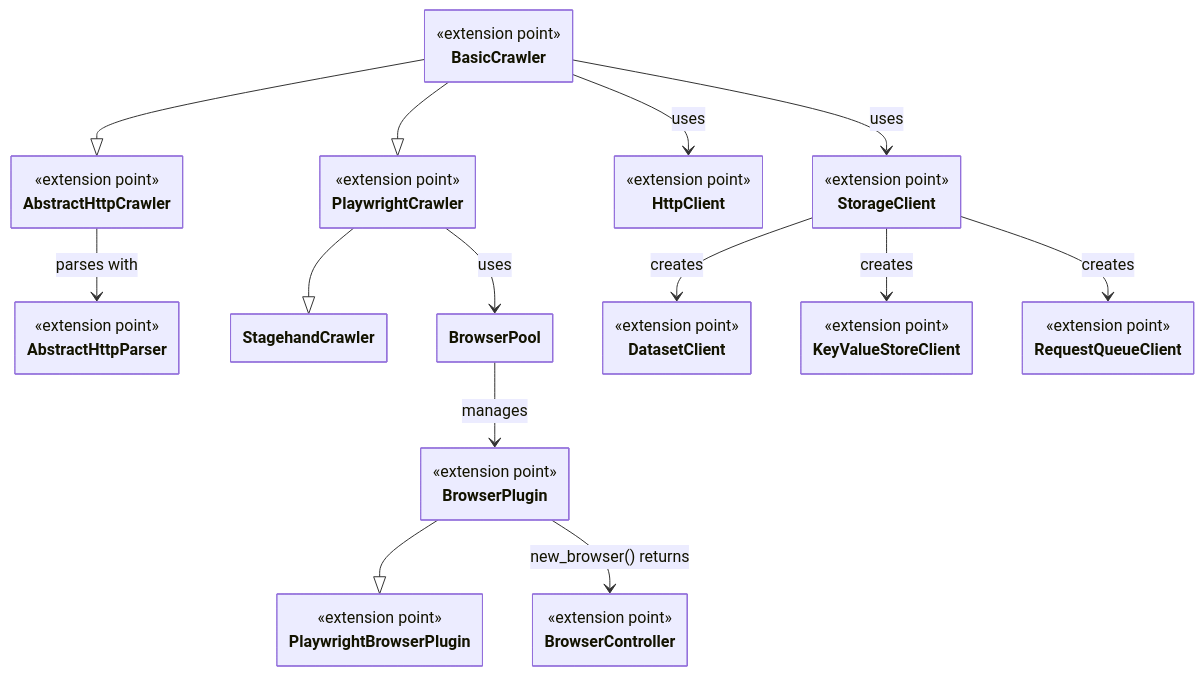
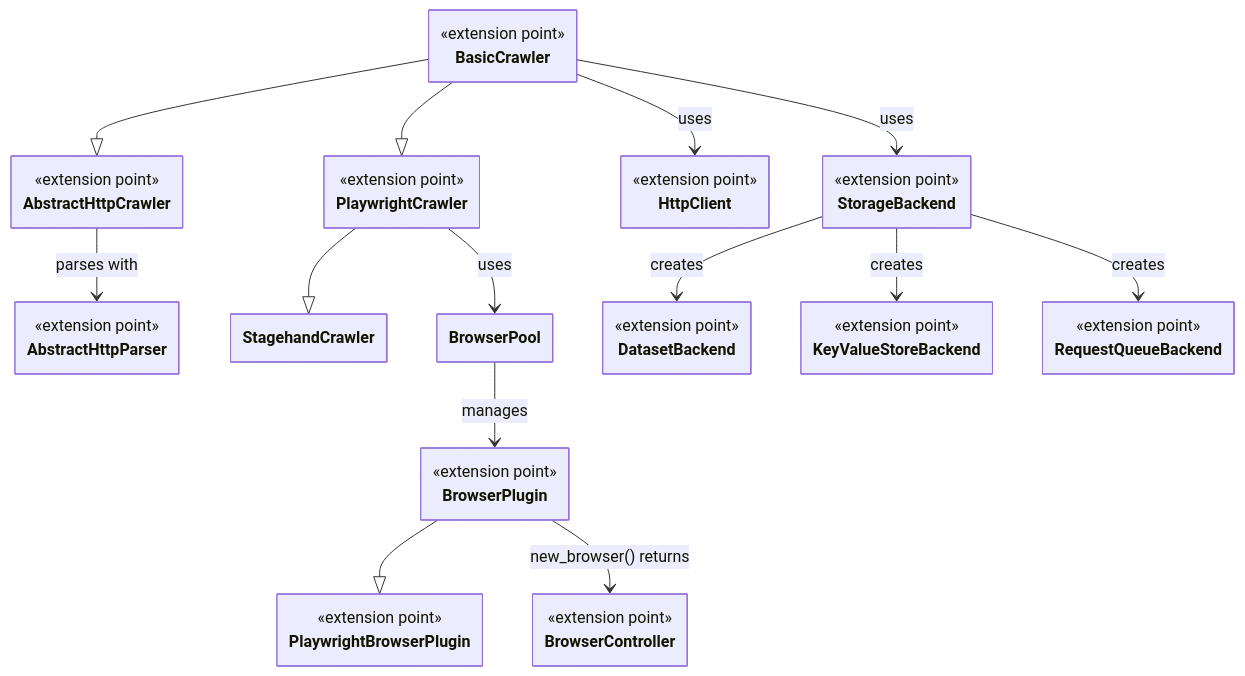
The diagram in docs/guides/extending_crawlee.mdx (apify/crawlee-python), drawn with Mermaid before and after one commit. The commit also changed other lines of this file and 181 other files, not shown here.

First line of the commit message:
refactor(storages)!: rename storage clients to storage backends

```diff
--- a/docs/guides/extending_crawlee.mdx
+++ b/docs/guides/extending_crawlee.mdx
@@ -54,22 +54,22 @@
 }
 
 %% ========================
-%% Storage clients
+%% Storage backends
 %% ========================
 
-class StorageClient {
+class StorageBackend {
     <<extension point>>
 }
 
-class DatasetClient {
+class DatasetBackend {
     <<extension point>>
 }
 
-class KeyValueStoreClient {
+class KeyValueStoreBackend {
     <<extension point>>
 }
 
-class RequestQueueClient {
+class RequestQueueBackend {
     <<extension point>>
 }
 
@@ -100,10 +100,10 @@
 AbstractHttpCrawler --> AbstractHttpParser : parses with
 PlaywrightCrawler --|> StagehandCrawler
 BasicCrawler --> HttpClient : uses
-BasicCrawler --> StorageClient : uses
-StorageClient --> DatasetClient : creates
-StorageClient --> KeyValueStoreClient : creates
-StorageClient --> RequestQueueClient : creates
+BasicCrawler --> StorageBackend : uses
+StorageBackend --> DatasetBackend : creates
+StorageBackend --> KeyValueStoreBackend : creates
+StorageBackend --> RequestQueueBackend : creates
 PlaywrightCrawler --> BrowserPool : uses
 BrowserPool --> BrowserPlugin : manages
 BrowserPlugin --|> PlaywrightBrowserPlugin
```
